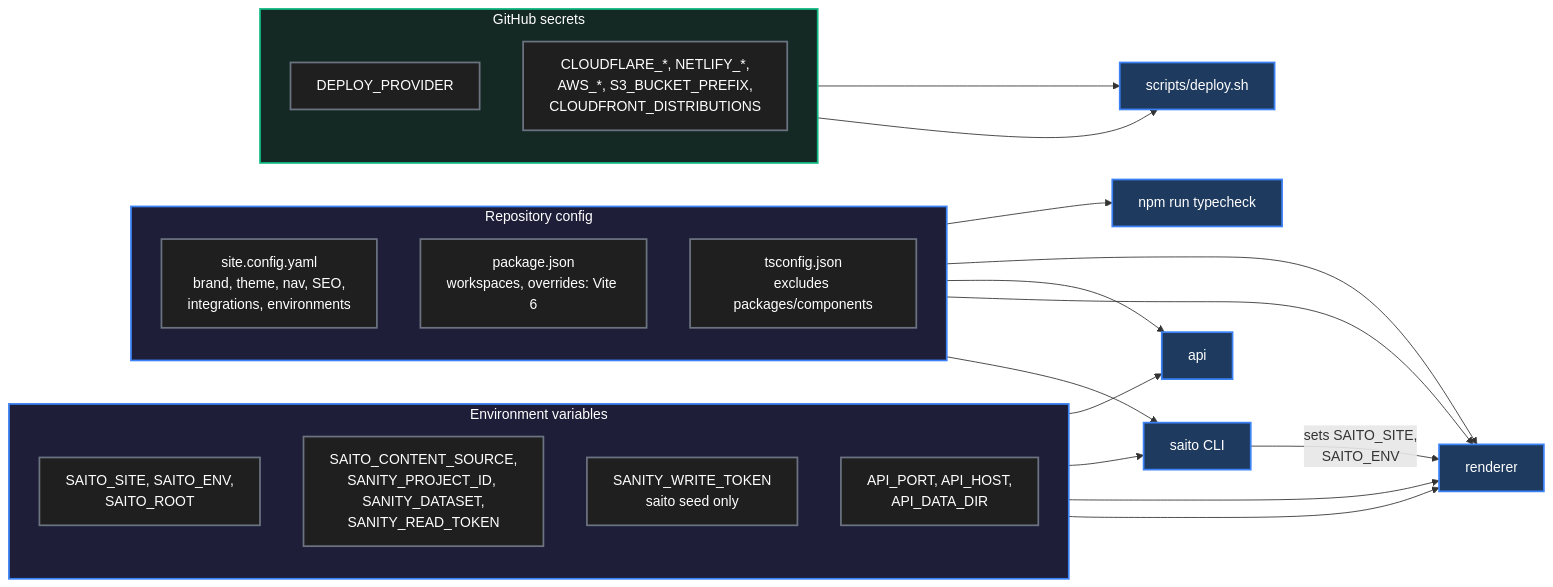
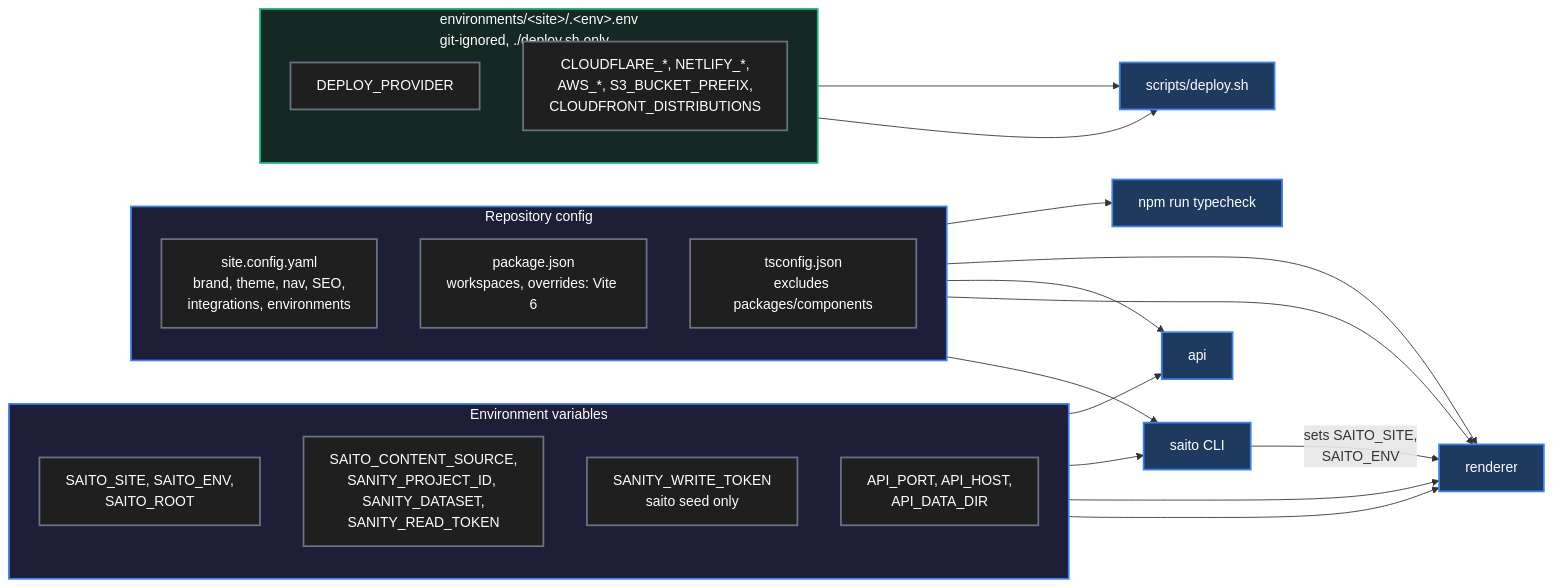
Before and after one commit to Gualtix/saito-builder: the seventh of 21 diagrams in README.md, drawn with Mermaid. The commit also changed other lines of this file and 9 other files, not shown here.

````diff
--- a/README.md
+++ b/README.md
@@ -364,54 +365,54 @@
 ```mermaid
 flowchart LR
   classDef blue  fill:#1e3a5f,stroke:#3b82f6,stroke-width:2px,color:#ffffff,filter:none
   classDef green fill:#14352c,stroke:#10b981,stroke-width:2px,color:#ffffff,filter:none
   classDef red   fill:#3b1a1a,stroke:#ef4444,stroke-width:2px,color:#ffffff,filter:none
   classDef teal  fill:#0f2d2d,stroke:#14b8a6,stroke-width:2px,color:#ffffff,filter:none
   classDef gray  fill:#1f1f1f,stroke:#6b7280,stroke-width:2px,color:#ffffff,filter:none
 
   subgraph Files["Repository config"]
     direction TB
     F1["site.config.yaml<br>brand, theme, nav, SEO,<br>integrations, environments"]
     F2["package.json<br>workspaces, overrides: Vite 6"]
     F3["tsconfig.json<br>excludes packages/components"]
   end
 
   subgraph Env["Environment variables"]
     direction TB
     E1["SAITO_SITE, SAITO_ENV,<br>SAITO_ROOT"]
     E2["SAITO_CONTENT_SOURCE,<br>SANITY_PROJECT_ID, SANITY_DATASET,<br>SANITY_READ_TOKEN"]
     E3["SANITY_WRITE_TOKEN<br>saito seed only"]
     E4["API_PORT, API_HOST,<br>API_DATA_DIR"]
   end
 
-  subgraph GHEnv["GitHub secrets"]
+  subgraph GHEnv["environments/&lt;site&gt;/.&lt;env&gt;.env<br>git-ignored, ./deploy.sh only"]
     direction TB
     G1["DEPLOY_PROVIDER"]
     G2["CLOUDFLARE_*, NETLIFY_*,<br>AWS_*, S3_BUCKET_PREFIX,<br>CLOUDFRONT_DISTRIBUTIONS"]
   end
 
   CLI["saito CLI"]
   REN["renderer"]
   APIx["api"]
   DEP["scripts/deploy.sh"]
   TC["npm run typecheck"]
 
   F1 --> CLI
   F1 --> REN
   F1 --> APIx
   F2 --> REN
   F3 --> TC
   E1 --> REN
   E2 --> REN
   E3 --> CLI
   E4 --> APIx
   CLI -->|"sets SAITO_SITE,<br>SAITO_ENV"| REN
   G1 --> DEP
   G2 --> DEP
 
   class F1,F2,F3,E1,E2,E3,E4,G1,G2 gray
   class CLI,REN,APIx,DEP,TC blue
   style Files fill:#1e1e38,stroke:#3b82f6,stroke-width:2px,color:#ffffff,filter:none
   style Env fill:#1e1e38,stroke:#3b82f6,stroke-width:2px,color:#ffffff,filter:none
   style GHEnv fill:#142824,stroke:#10b981,stroke-width:2px,color:#ffffff,filter:none
 ```
````
